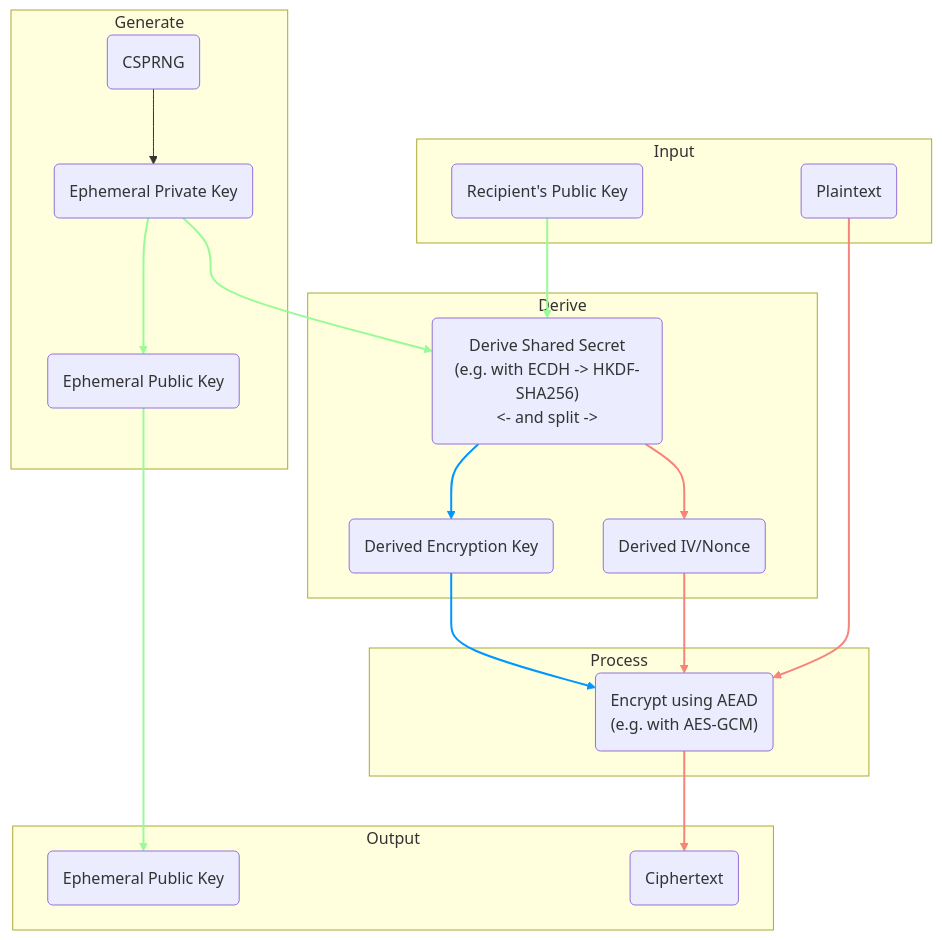
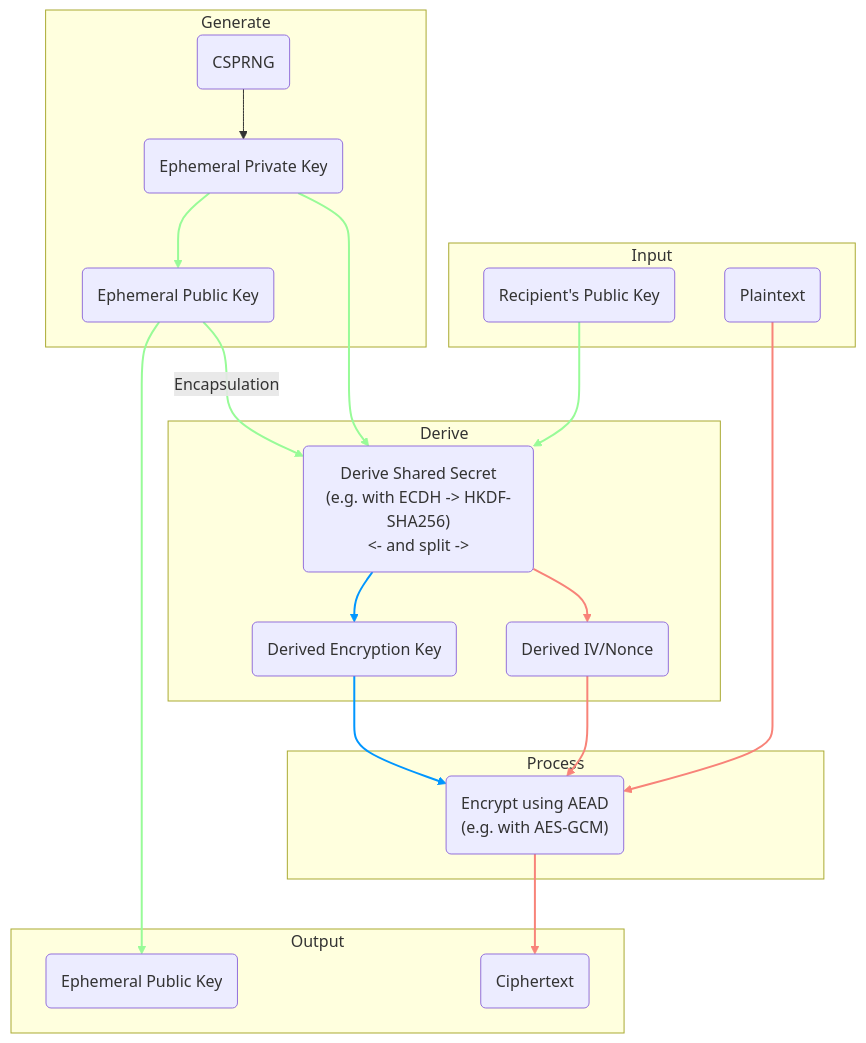
One commit to TJRoh01/libes changed the third of 3 diagrams in README.md. Above: the diagram before and after it, drawn with Mermaid. The commit also changed other lines of this file, not shown here.

````diff
--- a/README.md
+++ b/README.md
@@ -246,55 +250,57 @@
 ```mermaid
 graph TB
     subgraph Input
         RK(Recipient's Public Key)
         MSG(Plaintext)
     end
     
     subgraph Generate
         CSPRNG(CSPRNG)
         EK_PUB(Ephemeral Public Key)
         EK_PRI(Ephemeral Private Key)
     end
     
     subgraph Derive
         DER_FN("Derive Shared Secret</br>(e.g. with ECDH -> HKDF-SHA256)</br><- and split ->")
         DER_IV("Derived IV/Nonce")
         DER_ENC_KEY("Derived Encryption Key")
     end
     
     subgraph Process
         ENC_FN("Encrypt using AEAD</br>(e.g. with AES-GCM)")
     end
     
     subgraph Output
         ENC_OUT(Ciphertext)
         EK_OUT(Ephemeral Public Key)
     end
     
     CSPRNG --> EK_PRI
     EK_PRI --> EK_PUB
     EK_PUB --> EK_OUT
     RK --> DER_FN
     EK_PRI --> DER_FN
     DER_FN --> DER_ENC_KEY & DER_IV
     DER_IV --> ENC_FN
     DER_ENC_KEY --> ENC_FN
     MSG --> ENC_FN
     ENC_FN --> ENC_OUT
+    EK_PUB --> |Encapsulation| DER_FN
     
     %% Elliptic Curve Key link colorization
     linkStyle 1 stroke:#98fb98,stroke-width:2px;
     linkStyle 2 stroke:#98fb98,stroke-width:2px;
     linkStyle 3 stroke:#98fb98,stroke-width:2px;
     linkStyle 4 stroke:#98fb98,stroke-width:2px;
+    linkStyle 11 stroke:#98fb98,stroke-width:2px;
     
     %% Nonce link colorization
     linkStyle 5 stroke:#0096ff,stroke-width:2px;
     linkStyle 8 stroke:#0096ff,stroke-width:2px;
     
     %% Encryption link colorization
     linkStyle 6 stroke:#f88379,stroke-width:2px;
     linkStyle 7 stroke:#f88379,stroke-width:2px;
     linkStyle 9 stroke:#f88379,stroke-width:2px;
     linkStyle 10 stroke:#f88379,stroke-width:2px;
 ```
````
